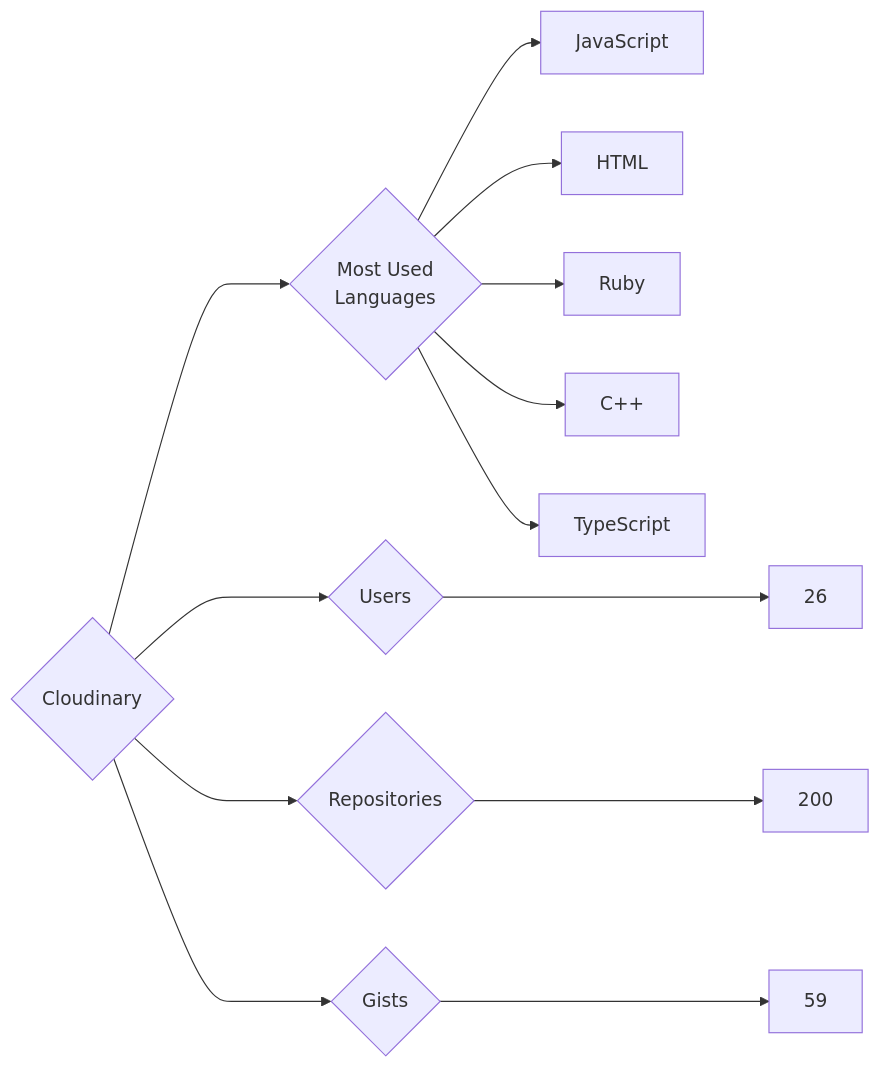
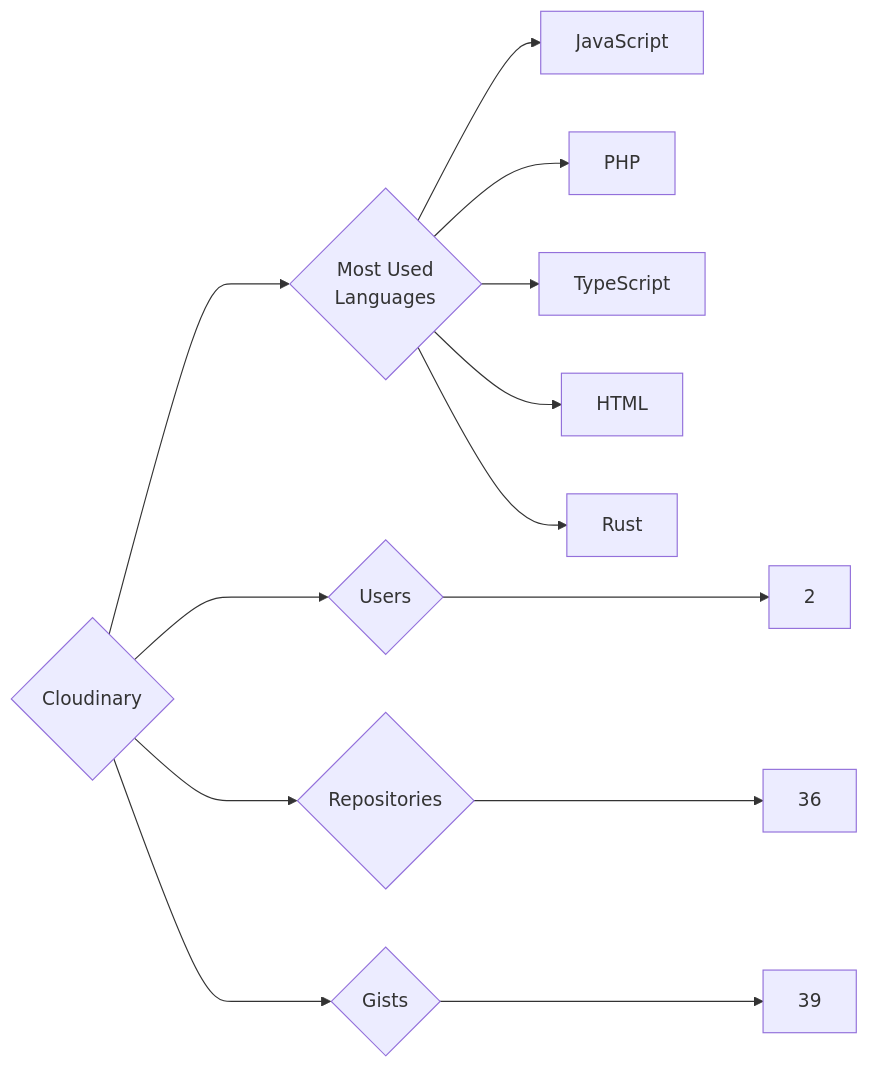
One commit to trickest/insiders changed the diagram in targets/Cloudinary/README.md. Above: the diagram before and after it, drawn with Mermaid. The commit also changed 930 other files, not shown here.

````diff
--- a/targets/Cloudinary/README.md
+++ b/targets/Cloudinary/README.md
@@ -3,13 +3,13 @@
 ```mermaid
 graph LR
 COMPANY_NAME{Cloudinary}
-COMPANY_NAME ---> U{Users} ---> UN[26]
-COMPANY_NAME ---> R{Repositories} ---> RN[200]
-COMPANY_NAME ---> G{Gists} ---> GN[59]
+COMPANY_NAME ---> U{Users} ---> UN[2]
+COMPANY_NAME ---> R{Repositories} ---> RN[36]
+COMPANY_NAME ---> G{Gists} ---> GN[39]
 COMPANY_NAME ---> ML{Most Used<br>Languages}
 ML --> JavaScript[JavaScript]
+ML --> PHP[PHP]
+ML --> TypeScript[TypeScript]
 ML --> HTML[HTML]
-ML --> Ruby[Ruby]
-ML --> C++[C++]
-ML --> TypeScript[TypeScript]
+ML --> Rust[Rust]
 ```
````
